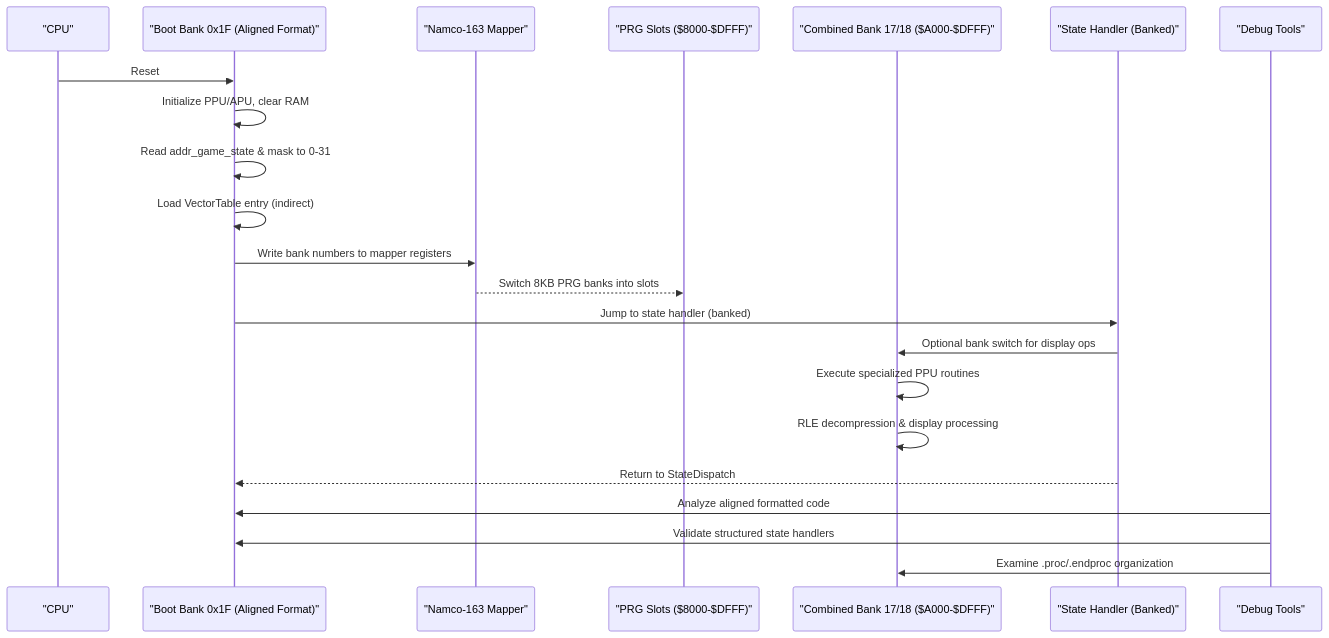
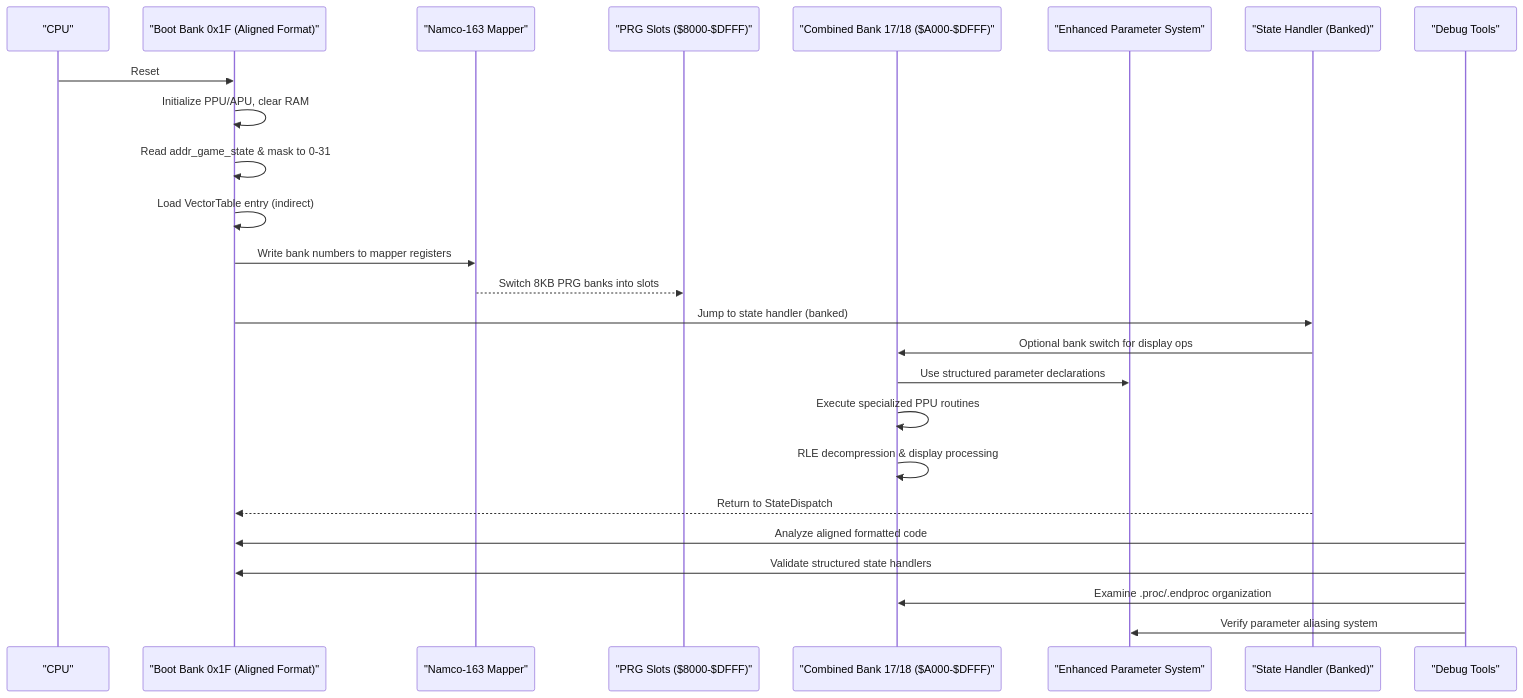
One commit to rabbyzero/sango2dasm changed the second of 10 diagrams in .qoder/repowiki/en/content/Assembly Architecture/Assembly Architecture.md. Above: the diagram before and after it, drawn with Mermaid. The commit also changed other lines of this file and 7 other files, not shown here.

````diff
--- a/.qoder/repowiki/en/content/Assembly Architecture/Assembly Architecture.md
+++ b/.qoder/repowiki/en/content/Assembly Architecture/Assembly Architecture.md
@@ -133,24 +140,27 @@
 ```mermaid
 sequenceDiagram
 participant CPU as "CPU"
 participant BOOT as "Boot Bank 0x1F (Aligned Format)"
 participant MAP as "Namco-163 Mapper"
 participant SLOTS as "PRG Slots ($8000-$DFFF)"
 participant COMBINED as "Combined Bank 17/18 ($A000-$DFFF)"
+participant PARAMSYS as "Enhanced Parameter System"
 participant STATE as "State Handler (Banked)"
 participant DEBUG as "Debug Tools"
 CPU->>BOOT : Reset
 BOOT->>BOOT : Initialize PPU/APU, clear RAM
 BOOT->>BOOT : Read addr_game_state & mask to 0-31
 BOOT->>BOOT : Load VectorTable entry (indirect)
 BOOT->>MAP : Write bank numbers to mapper registers
 MAP-->>SLOTS : Switch 8KB PRG banks into slots
 BOOT->>STATE : Jump to state handler (banked)
 STATE->>COMBINED : Optional bank switch for display ops
+COMBINED->>PARAMSYS : Use structured parameter declarations
 COMBINED->>COMBINED : Execute specialized PPU routines
 COMBINED->>COMBINED : RLE decompression & display processing
 STATE-->>BOOT : Return to StateDispatch
 DEBUG->>BOOT : Analyze aligned formatted code
 DEBUG->>BOOT : Validate structured state handlers
 DEBUG->>COMBINED : Examine .proc/.endproc organization
+DEBUG->>PARAMSYS : Verify parameter aliasing system
 ```
````
